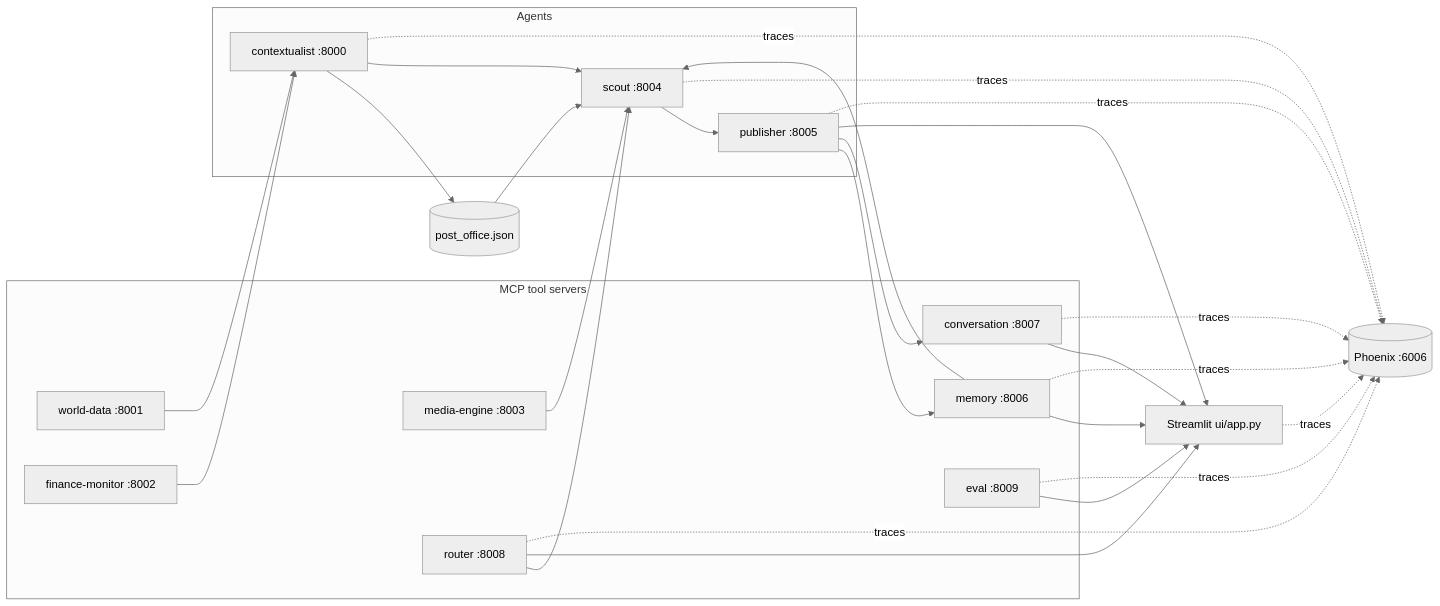
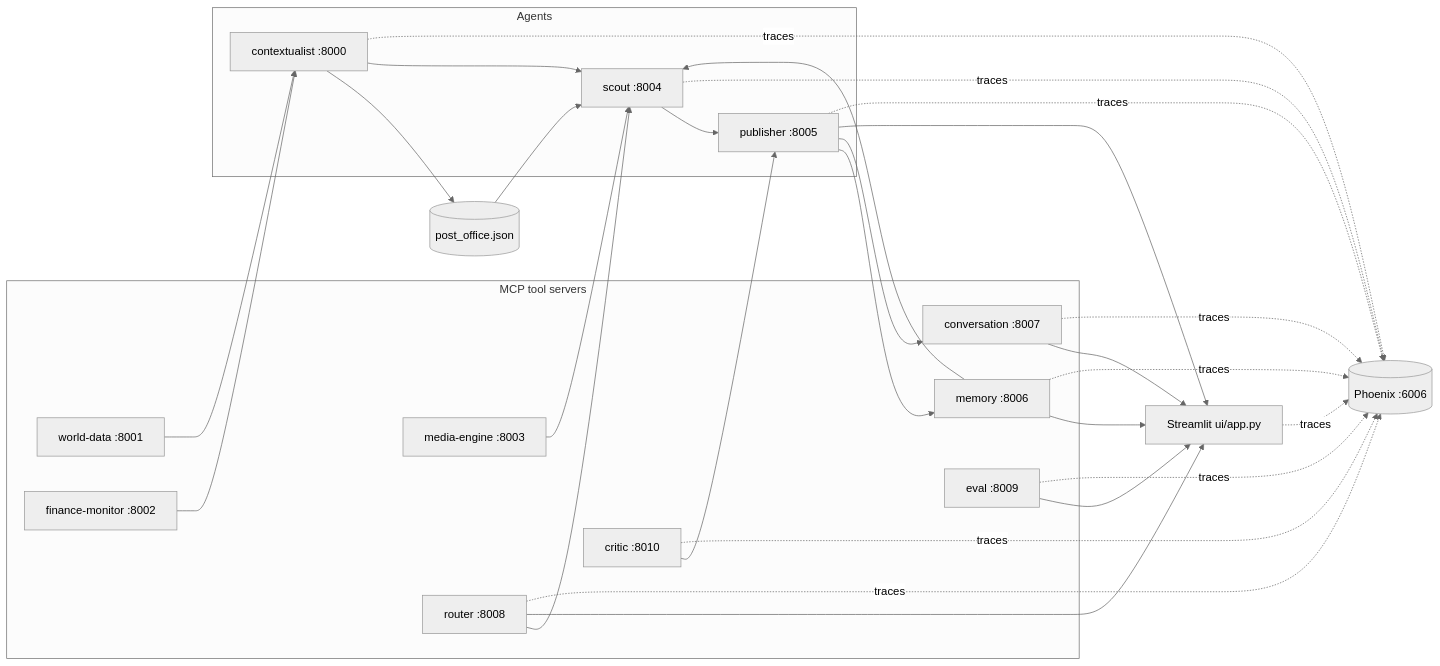
One commit to Keerthan22-sys/multi-agent-system-a2a-mcp changed the diagram in README.md. Above: the diagram before and after it, drawn with Mermaid (neutral theme). The commit also changed other lines of this file, not shown here.

````diff
--- a/README.md
+++ b/README.md
@@ -7,44 +7,47 @@
 ```mermaid
 flowchart LR
   subgraph tools [MCP tool servers]
     WD[world-data :8001]
     FM[finance-monitor :8002]
     ME[media-engine :8003]
     MEM[memory :8006]
     CONV[conversation :8007]
     RT[router :8008]
     EV[eval :8009]
+    CR[critic :8010]
   end
   subgraph agents [Agents]
     CTX[contextualist :8000]
     SC[scout :8004]
     PUB[publisher :8005]
   end
   UI[Streamlit ui/app.py]
   PO[(post_office.json)]
   PHX[(Phoenix :6006)]
   RT --> SC
   WD --> CTX
   FM --> CTX
   CTX --> PO
   PO --> SC
   CTX --> SC
   ME --> SC
   MEM --> SC
   SC --> PUB
+  CR --> PUB
   PUB --> MEM
   PUB --> CONV
   PUB --> UI
   MEM --> UI
   CONV --> UI
   RT --> UI
   EV --> UI
   CTX -.traces.-> PHX
   SC -.traces.-> PHX
   PUB -.traces.-> PHX
   MEM -.traces.-> PHX
   CONV -.traces.-> PHX
   RT -.traces.-> PHX
   EV -.traces.-> PHX
+  CR -.traces.-> PHX
   UI -.traces.-> PHX
 ```
````
